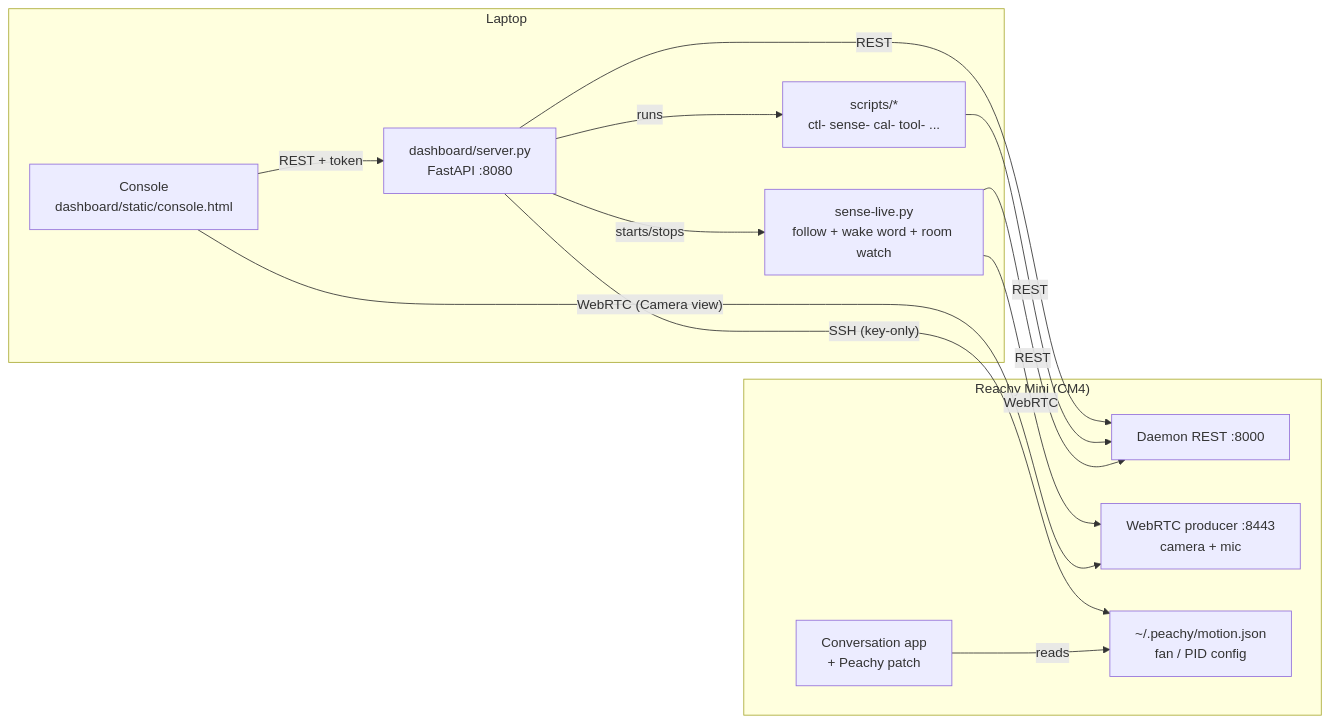
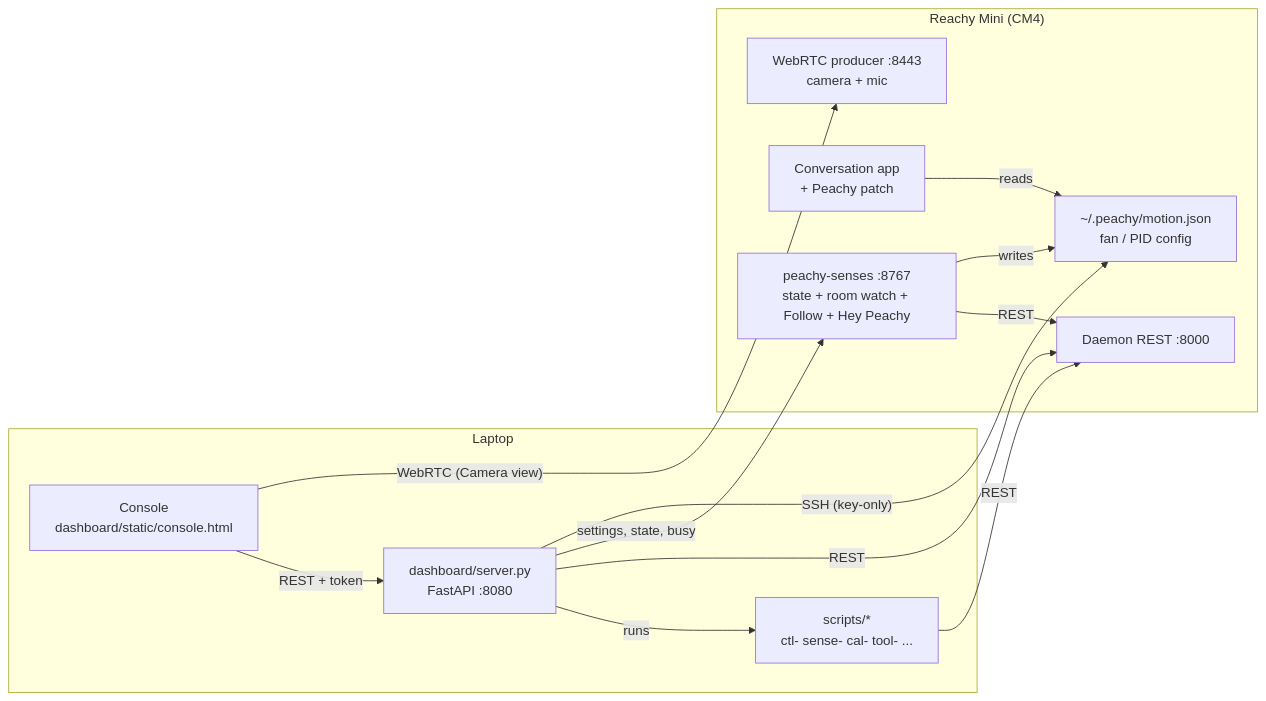
The diagram in README.md (QimingTian/Peachy), drawn with Mermaid before and after one commit. The commit also changed other lines of this file and 28 other files, not shown here.

````diff
--- a/README.md
+++ b/README.md
@@ -17,25 +17,25 @@
 ```mermaid
 flowchart LR
   subgraph Laptop
     UI["Console<br/>dashboard/static/console.html"]
     S["dashboard/server.py<br/>FastAPI :8080"]
     SC["scripts/*<br/>ctl- sense- cal- tool- ..."]
-    SL["sense-live.py<br/>follow + wake word + room watch"]
     UI -- "REST + token" --> S
     S -- "runs" --> SC
-    S -- "starts/stops" --> SL
   end
   subgraph Robot["Reachy Mini (CM4)"]
     D["Daemon REST :8000"]
     W["WebRTC producer :8443<br/>camera + mic"]
     A["Conversation app<br/>+ Peachy patch"]
+    E["peachy-senses :8767<br/>state + room watch + Follow + Hey Peachy"]
     CFG["~/.peachy/motion.json<br/>fan / PID config"]
   end
   S -- "REST" --> D
   SC -- "REST" --> D
-  SL -- "REST" --> D
-  SL -- "WebRTC" --> W
+  S -- "settings, state, busy" --> E
+  E -- "REST" --> D
+  E -- "writes" --> CFG
   UI -- "WebRTC (Camera view)" --> W
   S -- "SSH (key-only)" --> CFG
   A -- "reads" --> CFG
 ```
````
